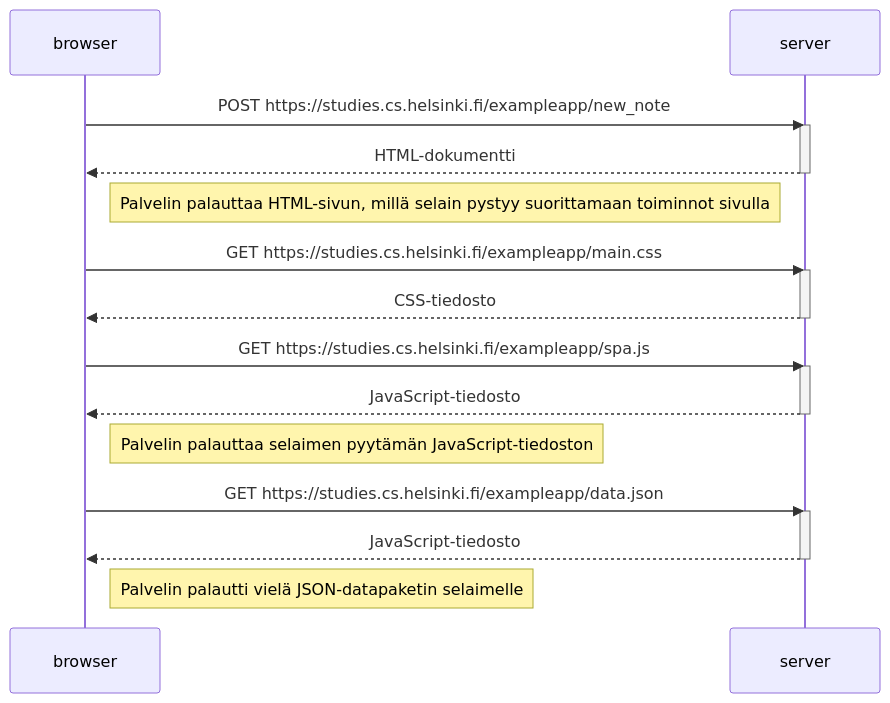
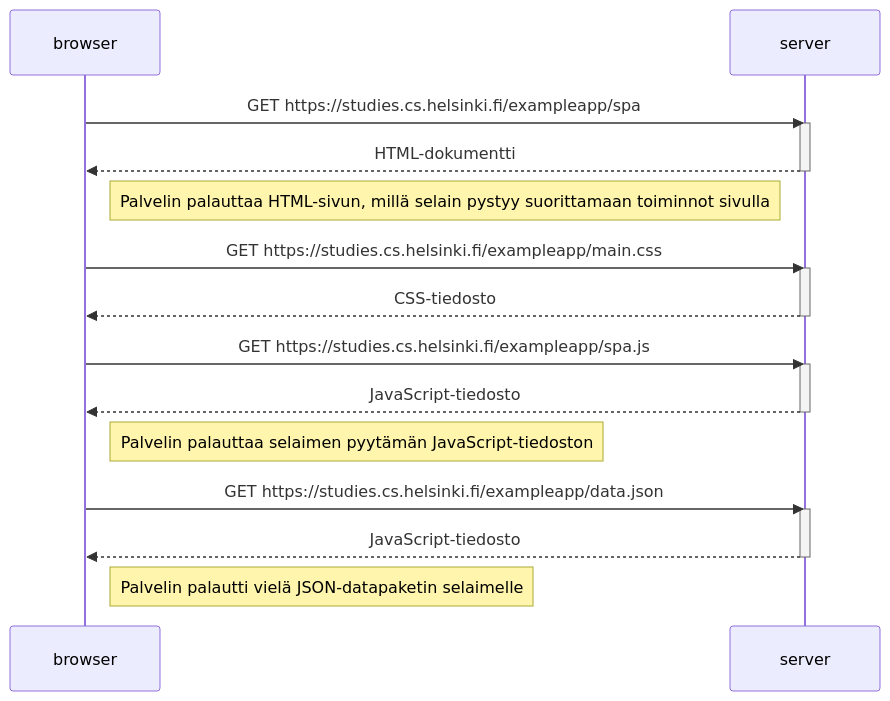
Before and after one commit to moronenfrans/palautusrepositorio: the diagram in osa0/t5.md, drawn with Mermaid.

Commit message:
t.5 muokattu

````diff
--- a/osa0/t5.md
+++ b/osa0/t5.md
@@ -1,32 +1,32 @@
 ```mermaid
 
 sequenceDiagram
     participant browser
     participant server
     
-    browser->>server: POST https://studies.cs.helsinki.fi/exampleapp/new_note
+    browser->>server: GET https://studies.cs.helsinki.fi/exampleapp/spa
     activate server
     server-->>browser: HTML-dokumentti
     deactivate server
 
     Note right of browser: Palvelin palauttaa HTML-sivun, millä selain pystyy suorittamaan toiminnot sivulla
     
     browser->>server: GET https://studies.cs.helsinki.fi/exampleapp/main.css
     activate server
     server-->>browser: CSS-tiedosto
     deactivate server
     
     browser->>server: GET https://studies.cs.helsinki.fi/exampleapp/spa.js
     activate server
     server-->>browser: JavaScript-tiedosto
     deactivate server
 
     Note right of browser: Palvelin palauttaa selaimen pyytämän JavaScript-tiedoston
 
     browser->>server: GET https://studies.cs.helsinki.fi/exampleapp/data.json
     activate server
     server-->>browser: JavaScript-tiedosto
     deactivate server     
 
     Note right of browser: Palvelin palautti vielä JSON-datapaketin selaimelle 
 ```
````
